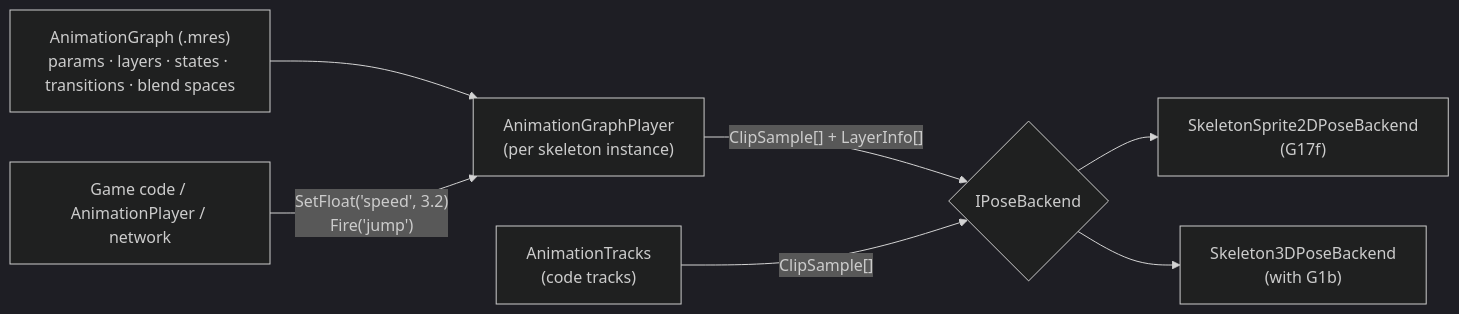
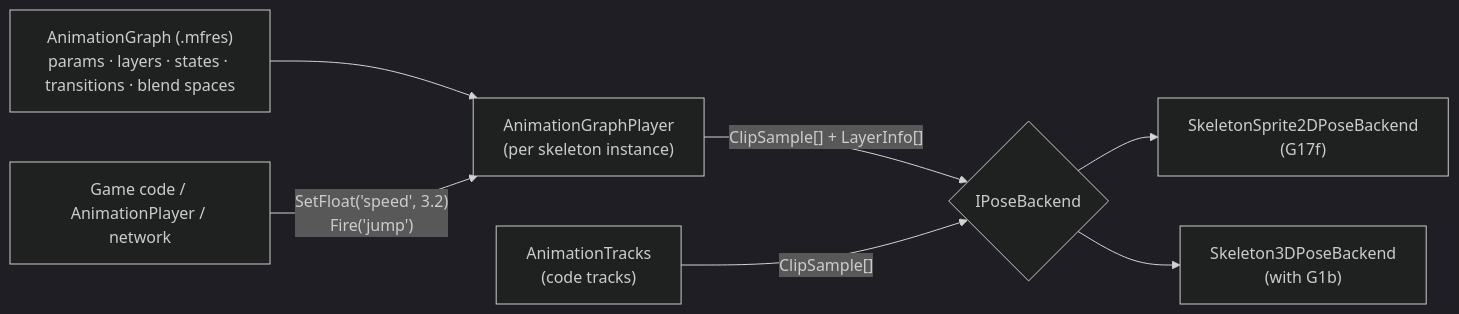
The diagram in docs/design/future/animation-graph.md (Mainframe-Games/mainframe-engine), drawn with Mermaid (dark theme) before and after one commit. The commit also changed other lines of this file and 886 other files, not shown here.

````diff
--- a/docs/design/future/animation-graph.md
+++ b/docs/design/future/animation-graph.md
@@ -57,9 +57,9 @@
 ```mermaid
 flowchart LR
-    G["AnimationGraph (.mres)<br/>params · layers · states · transitions · blend spaces"] --> P
+    G["AnimationGraph (.mfres)<br/>params · layers · states · transitions · blend spaces"] --> P
     C["Game code / AnimationPlayer / network"] -->|"SetFloat('speed', 3.2)<br/>Fire('jump')"| P["AnimationGraphPlayer<br/>(per skeleton instance)"]
     P -->|"ClipSample[] + LayerInfo[]"| B{"IPoseBackend"}
     T["AnimationTracks<br/>(code tracks)"] -->|"ClipSample[]"| B
     B --> S2["SkeletonSprite2DPoseBackend<br/>(G17f)"]
     B --> S3["Skeleton3DPoseBackend<br/>(with G1b)"]
 ```
````
